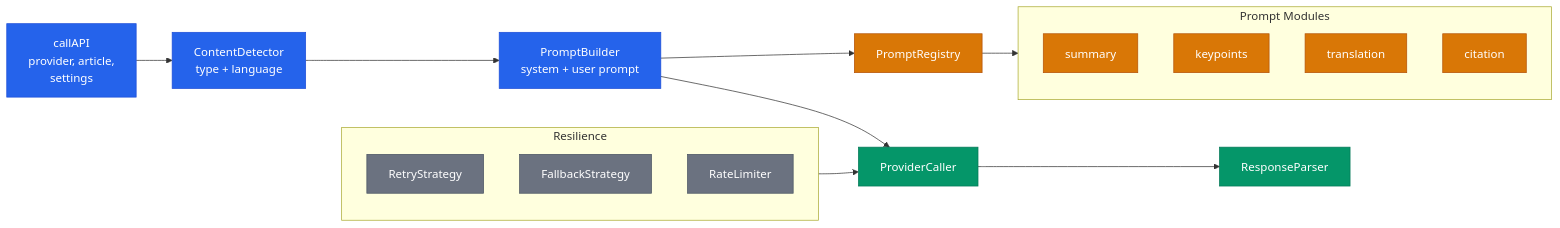
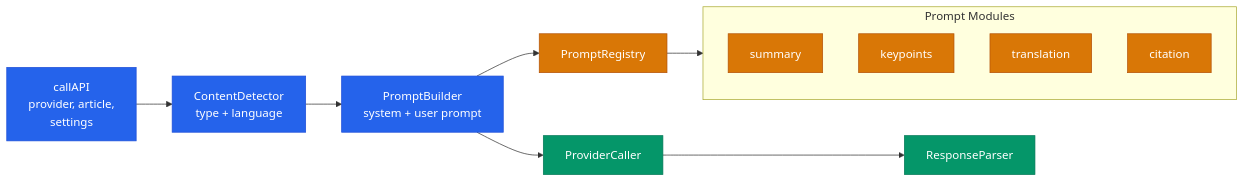
Before and after one commit to AndreaBonn/web-article-summarizer-firefox: the third of 4 diagrams in docs/ARCHITECTURE.md, drawn with Mermaid. The commit also changed other lines of this file and 13 other files, not shown here.

````diff
--- a/docs/ARCHITECTURE.md
+++ b/docs/ARCHITECTURE.md
@@ -107,41 +110,32 @@
 ```mermaid
 %%{init: {'theme': 'default'}}%%
 graph LR
   input["callAPI<br/>provider, article,<br/>settings"]
   detect["ContentDetector<br/>type + language"]
   build["PromptBuilder<br/>system + user prompt"]
   registry["PromptRegistry"]
   caller["ProviderCaller"]
   parser["ResponseParser"]
 
   subgraph prompts["Prompt Modules"]
     direction TB
     p_sum["summary"]
     p_key["keypoints"]
     p_trans["translation"]
     p_cite["citation"]
   end
 
-  subgraph resilience["Resilience"]
-    direction TB
-    retry["RetryStrategy"]
-    fallback["FallbackStrategy"]
-    rate["RateLimiter"]
-  end
-
   input --> detect --> build
   build --> registry --> prompts
   build --> caller
-  resilience --> caller
   caller --> parser
 
   classDef core fill:#2563eb,stroke:#1d4ed8,color:#fff
   classDef data fill:#d97706,stroke:#b45309,color:#fff
   classDef ext fill:#6b7280,stroke:#4b5563,color:#fff
   classDef engine fill:#059669,stroke:#047857,color:#fff
 
   class input,detect,build core
   class registry,p_sum,p_key,p_trans,p_cite data
   class caller,parser engine
-  class retry,fallback,rate ext
 ```
````
